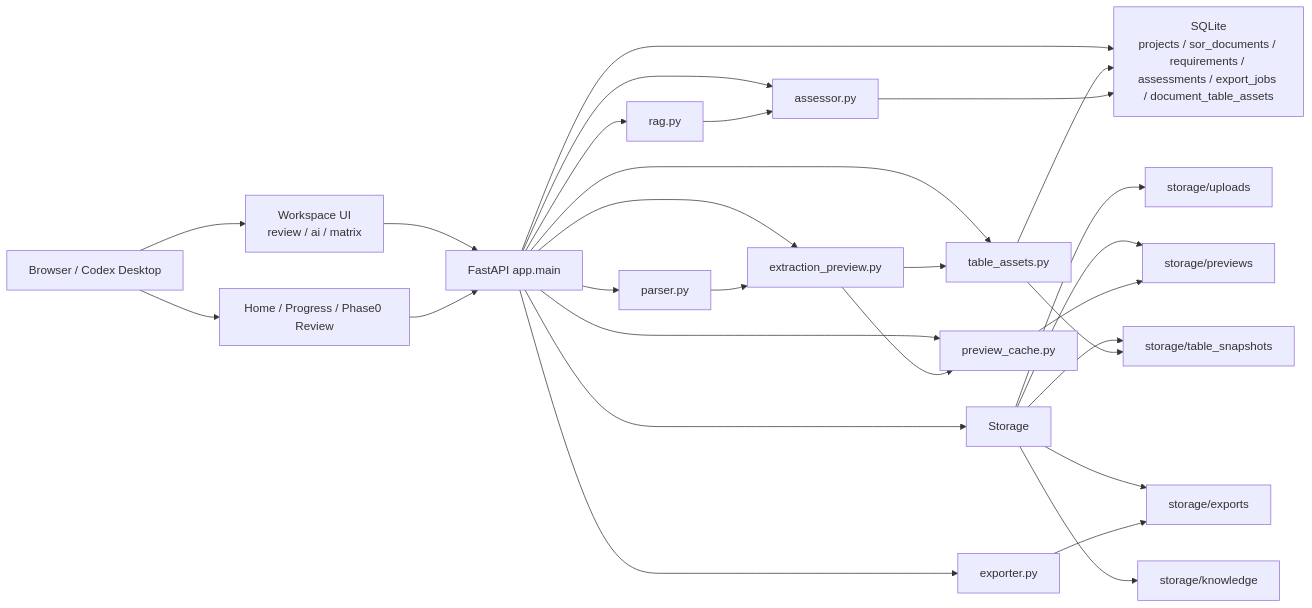
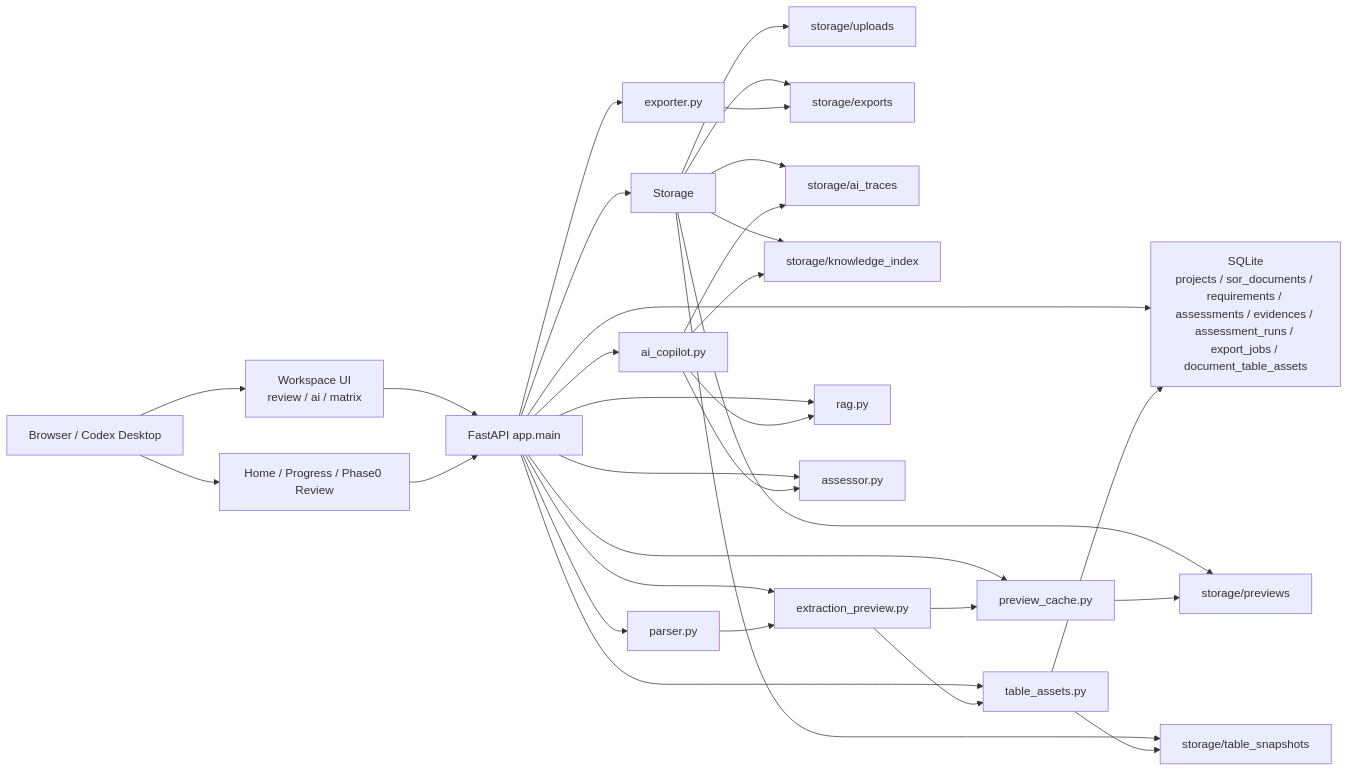
The diagram in docs/项目.md (LiuChang0225/ReqPilotX), drawn with Mermaid before and after one commit. The commit also changed other lines of this file and 27 other files, not shown here.

````diff
--- a/docs/项目.md
+++ b/docs/项目.md
@@ -46,35 +72,39 @@
 ```mermaid
 flowchart LR
     U["Browser / Codex Desktop"] --> W["Workspace UI<br/>review / ai / matrix"]
     U --> H["Home / Progress / Phase0 Review"]
 
     W --> API["FastAPI app.main"]
     H --> API
 
-    API --> DB["SQLite<br/>projects / sor_documents / requirements / assessments / export_jobs / document_table_assets"]
+    API --> DB["SQLite<br/>projects / sor_documents / requirements / assessments / evidences / assessment_runs / export_jobs / document_table_assets"]
     API --> FS["Storage"]
 
     FS --> UP["storage/uploads"]
     FS --> PV["storage/previews"]
     FS --> TS["storage/table_snapshots"]
     FS --> EX["storage/exports"]
-    FS --> KB["storage/knowledge"]
+    FS --> TR["storage/ai_traces"]
+    FS --> KI["storage/knowledge_index"]
 
     API --> PARSE["parser.py"]
     API --> PREV["extraction_preview.py"]
     API --> PC["preview_cache.py"]
     API --> TA["table_assets.py"]
+    API --> AIC["ai_copilot.py"]
     API --> RAG["rag.py"]
     API --> ASS["assessor.py"]
     API --> EXP["exporter.py"]
 
     PARSE --> PREV
     PREV --> TA
     PREV --> PC
     TA --> DB
     TA --> TS
     PC --> PV
-    RAG --> ASS
-    ASS --> DB
+    AIC --> RAG
+    AIC --> ASS
+    AIC --> TR
+    AIC --> KI
     EXP --> EX
 ```
````
